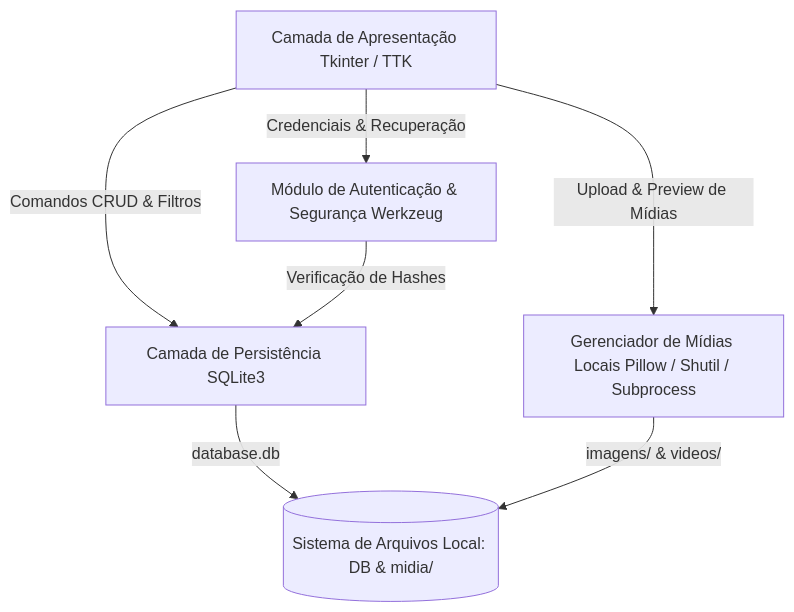
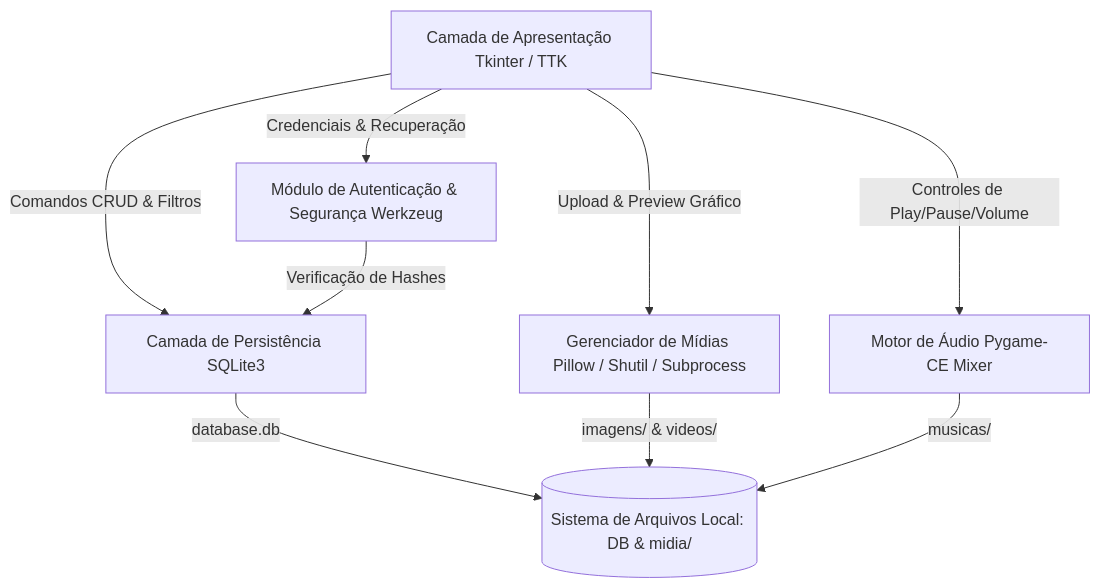
The first of 3 diagrams in SPEC_DRIVEN_DEVELOPMENT.md (JohnnyPlus08/Cofre-de-Notas), drawn with Mermaid before and after one commit. The commit also changed other lines of this file and 3 other files, not shown here.

````diff
--- a/SPEC_DRIVEN_DEVELOPMENT.md
+++ b/SPEC_DRIVEN_DEVELOPMENT.md
@@ -97,15 +116,18 @@
 ```mermaid
 graph TD
     UI[Camada de Apresentação Tkinter / TTK]
     AUTH[Módulo de Autenticação & Segurança Werkzeug]
-    MEDIA[Gerenciador de Mídias Locais Pillow / Shutil / Subprocess]
+    MEDIA[Gerenciador de Mídias Pillow / Shutil / Subprocess]
+    AUDIO[Motor de Áudio Pygame-CE Mixer]
     DAO[Camada de Persistência SQLite3]
     FS[(Sistema de Arquivos Local: DB & midia/)]
 
     UI -->|Credenciais & Recuperação| AUTH
     UI -->|Comandos CRUD & Filtros| DAO
-    UI -->|Upload & Preview de Mídias| MEDIA
+    UI -->|Upload & Preview Gráfico| MEDIA
+    UI -->|Controles de Play/Pause/Volume| AUDIO
     AUTH -->|Verificação de Hashes| DAO
     DAO -->|database.db| FS
     MEDIA -->|imagens/ & videos/| FS
+    AUDIO -->|musicas/| FS
 ```
````
